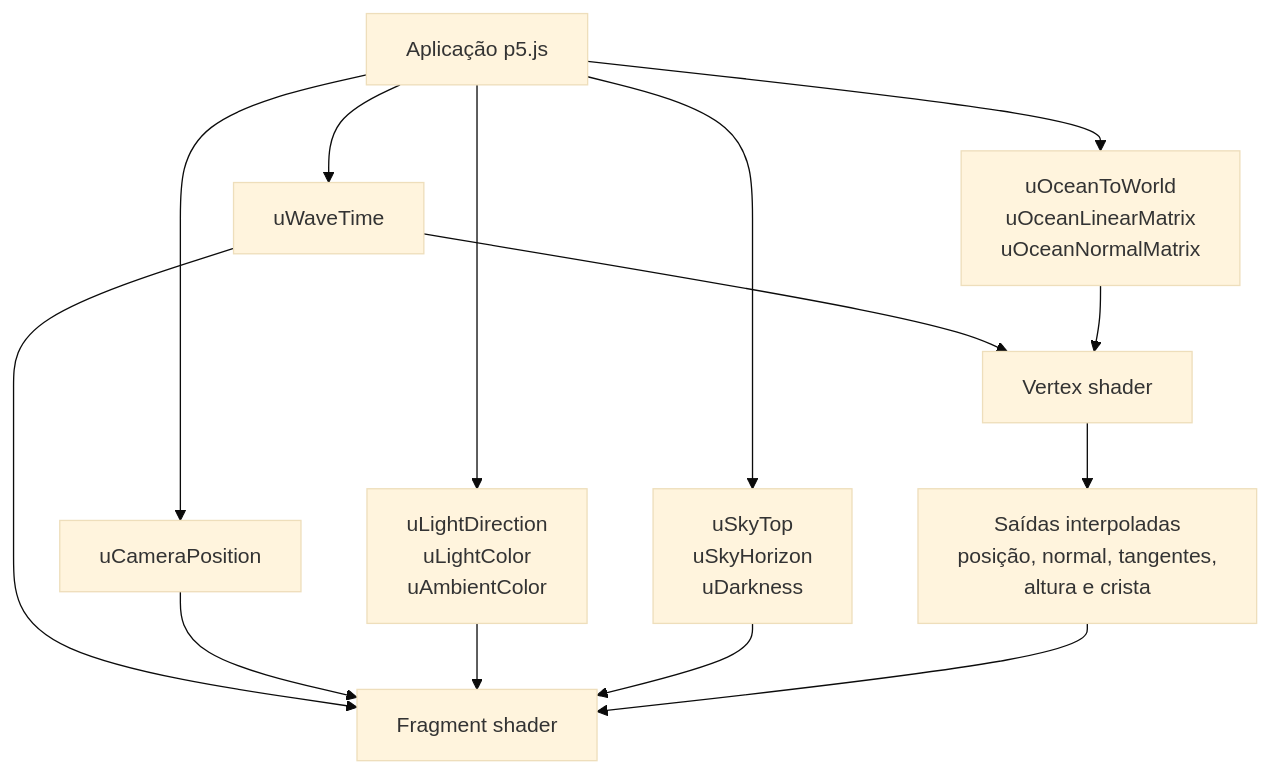
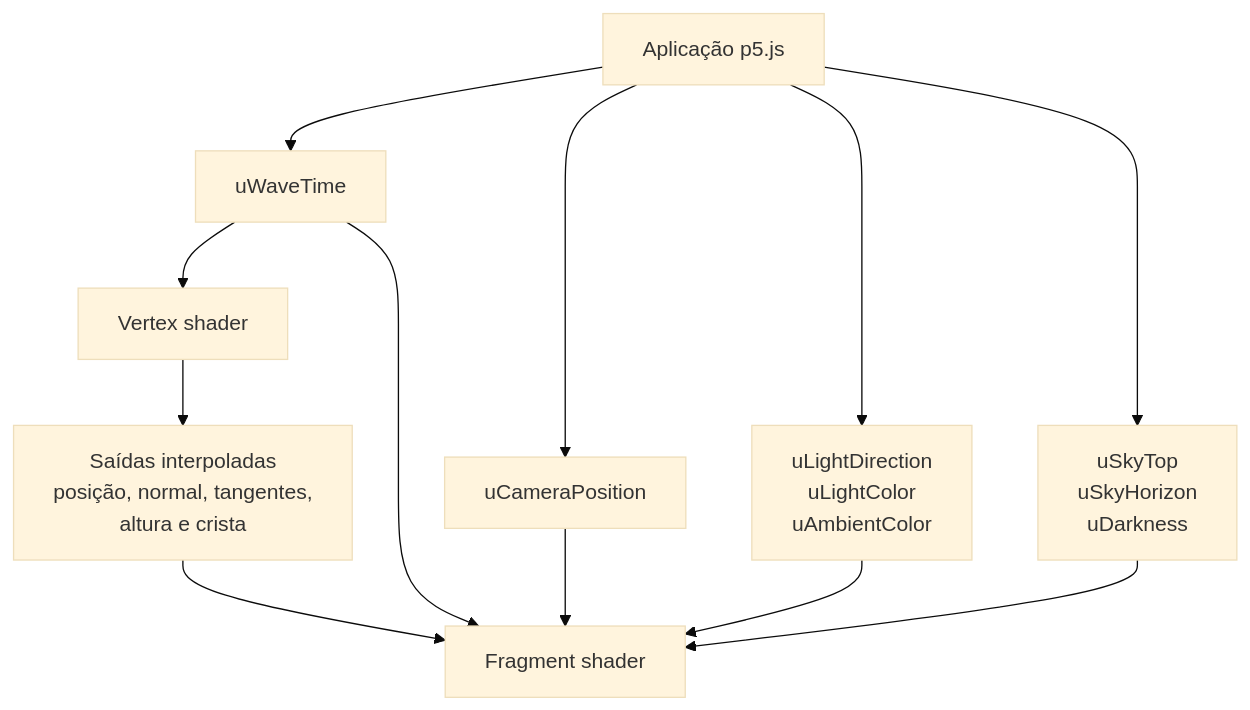
Before and after one commit to fgiongo/compgraf: the second of 2 diagrams in docs/oceano-gerstner-shaders.md, drawn with Mermaid (base theme). The commit also changed other lines of this file and 6 other files, not shown here.

````diff
--- a/docs/oceano-gerstner-shaders.md
+++ b/docs/oceano-gerstner-shaders.md
@@ -481,25 +483,22 @@
 ```mermaid
 flowchart TB
     JS["Aplicação p5.js"]
     U1["uWaveTime"]
     U2["uCameraPosition"]
     U3["uLightDirection<br/>uLightColor<br/>uAmbientColor"]
-    U4["uOceanToWorld<br/>uOceanLinearMatrix<br/>uOceanNormalMatrix"]
     U5["uSkyTop<br/>uSkyHorizon<br/>uDarkness"]
     V["Vertex shader"]
     I["Saídas interpoladas<br/>posição, normal, tangentes,<br/>altura e crista"]
     F["Fragment shader"]
 
     JS --> U1
     JS --> U2
     JS --> U3
-    JS --> U4
     JS --> U5
     U1 --> V
     U1 --> F
     U2 --> F
     U3 --> F
-    U4 --> V
     U5 --> F
     V --> I --> F
 ```
````
